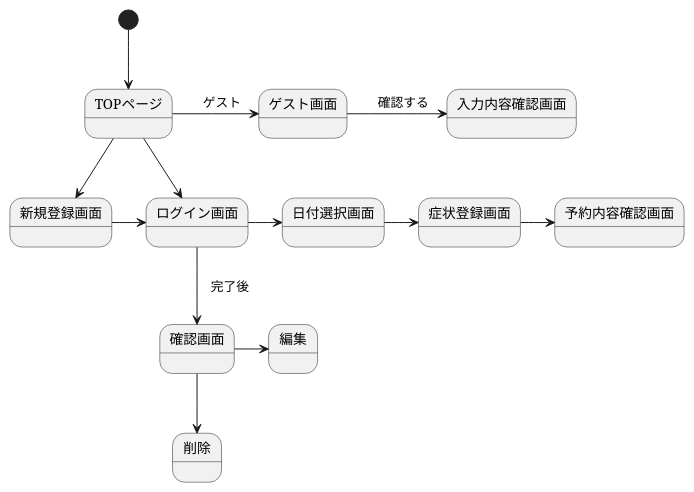
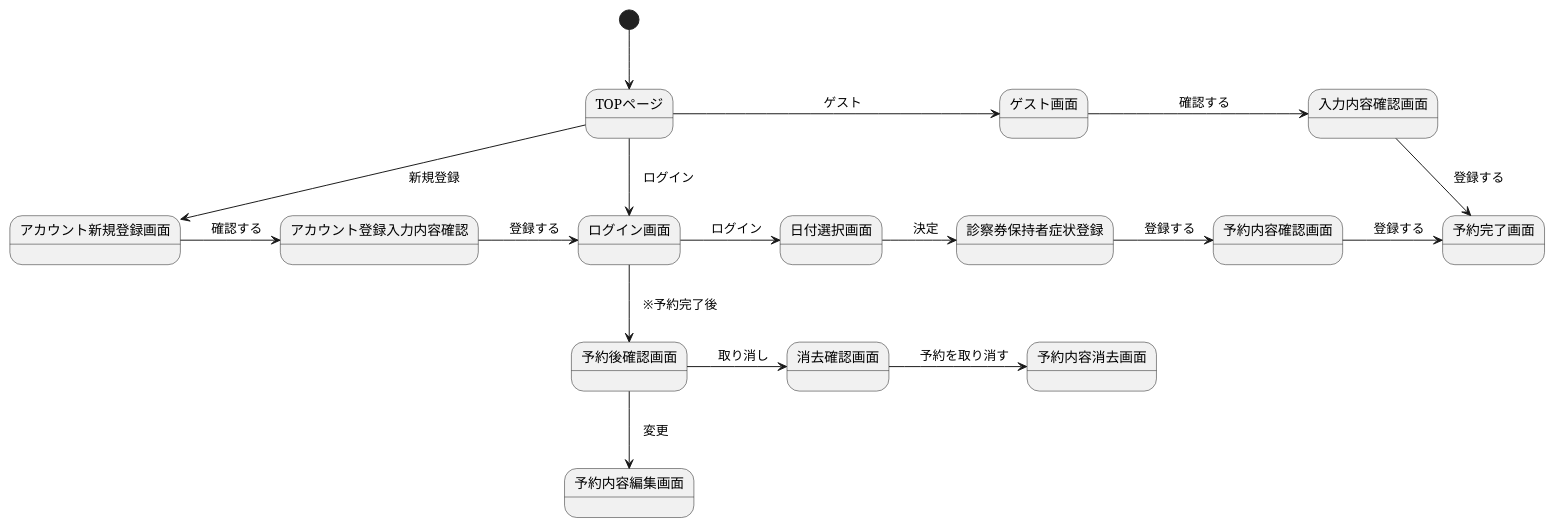
Before and after one commit to sakamotoshuri/uml_introduction: the diagram in pj.pu, drawn with PlantUML. The commit also changed 3 other files, not shown here.

```diff
--- a/pj.pu
+++ b/pj.pu
@@ -1,14 +1,19 @@
 @startuml 診察券保持者・ゲスト
 [*] --> TOPページ
 TOPページ -right-> ゲスト画面:　ゲスト
 ゲスト画面 -right-> 入力内容確認画面:　確認する
-TOPページ --> 新規登録画面
-TOPページ --> ログイン画面
-新規登録画面 -right-> ログイン画面
-ログイン画面 -right-> 日付選択画面
-日付選択画面 -right-> 症状登録画面
-症状登録画面 -right-> 予約内容確認画面
-ログイン画面 --> 確認画面:　完了後
-確認画面 -right-> 編集
-確認画面 --> 削除
+入力内容確認画面 --> 予約完了画面:　登録する
+TOPページ --> アカウント新規登録画面:　新規登録
+TOPページ --> ログイン画面:　ログイン
+アカウント新規登録画面 -right-> アカウント登録入力内容確認:　確認する
+アカウント登録入力内容確認 -right-> ログイン画面:　登録する
+ログイン画面 -right-> 日付選択画面:　ログイン
+日付選択画面 -right-> 診察券保持者症状登録:　決定
+診察券保持者症状登録 -right-> 予約内容確認画面:　登録する
+予約内容確認画面 -right-> 予約完了画面:　登録する
+ログイン画面 --> 予約後確認画面:　※予約完了後
+予約後確認画面 --> 予約内容編集画面:　変更
+予約後確認画面 -right-> 消去確認画面:　取り消し
+消去確認画面 -right-> 予約内容消去画面:　予約を取り消す
+
 @enduml
```
